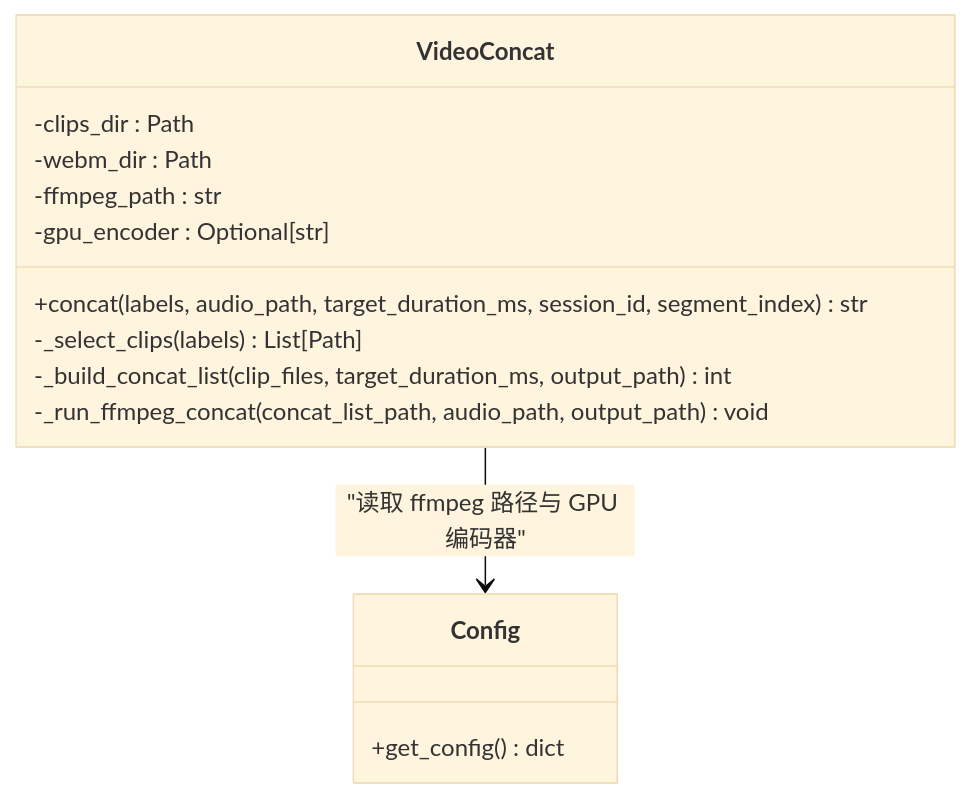
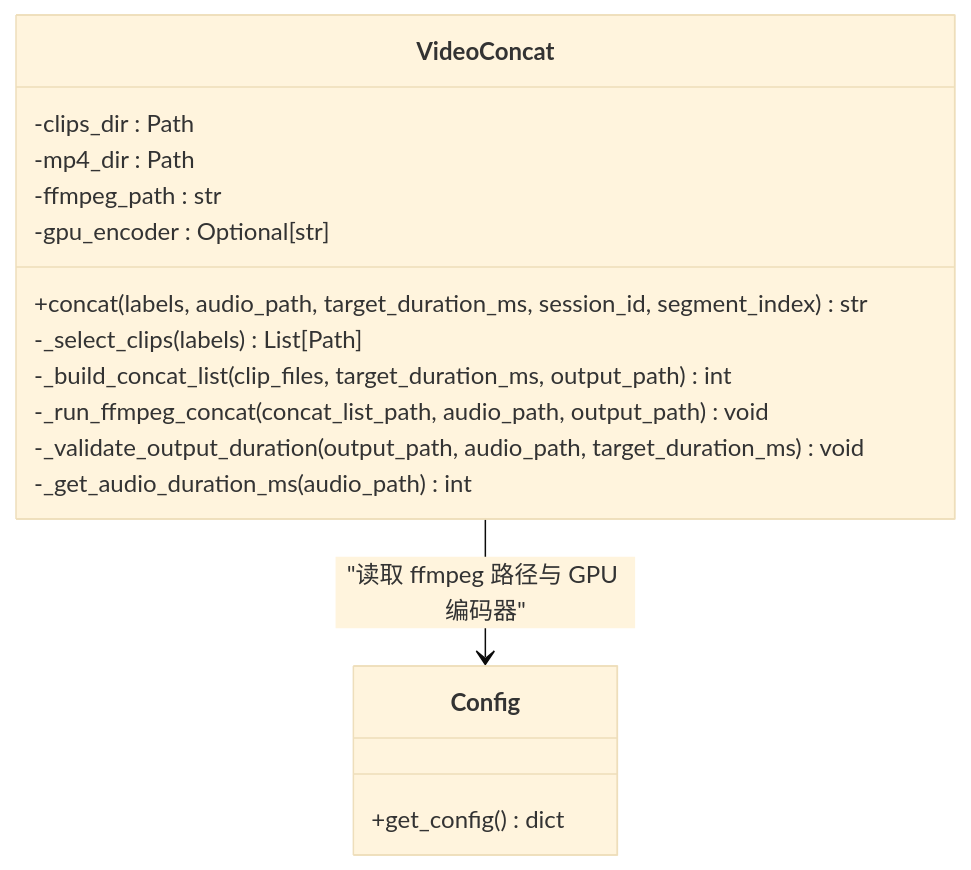
One commit to leo21cn/real-time-talk changed the third of 6 diagrams in .qoder/repowiki/zh/content/后端服务/多媒体处理流水线/视频片段拼接.md. Above: the diagram before and after it, drawn with Mermaid (base theme). The commit also changed other lines of this file and 9 other files, not shown here.

````diff
--- a/.qoder/repowiki/zh/content/后端服务/多媒体处理流水线/视频片段拼接.md
+++ b/.qoder/repowiki/zh/content/后端服务/多媒体处理流水线/视频片段拼接.md
@@ -167,17 +186,19 @@
 ```mermaid
 classDiagram
 class VideoConcat {
 -clips_dir : Path
--webm_dir : Path
+-mp4_dir : Path
 -ffmpeg_path : str
 -gpu_encoder : Optional[str]
 +concat(labels, audio_path, target_duration_ms, session_id, segment_index) str
 -_select_clips(labels) List[Path]
 -_build_concat_list(clip_files, target_duration_ms, output_path) int
 -_run_ffmpeg_concat(concat_list_path, audio_path, output_path) void
+-_validate_output_duration(output_path, audio_path, target_duration_ms) void
+-_get_audio_duration_ms(audio_path) int
 }
 class Config {
 +get_config() dict
 }
 VideoConcat --> Config : "读取 ffmpeg 路径与 GPU 编码器"
 ```
````
